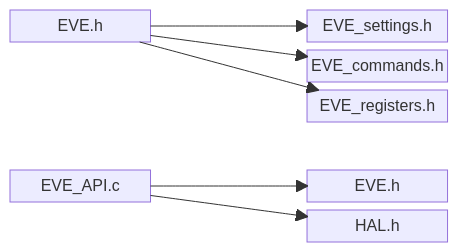
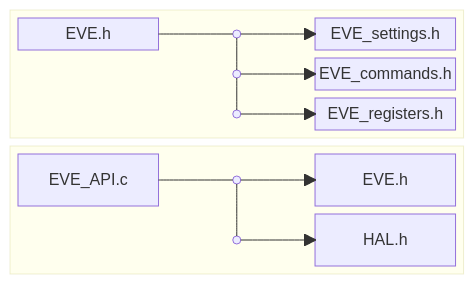
Before and after one commit to Bridgetek/Eve-MCU-Dev: the third of 11 diagrams in README.md, drawn with Mermaid. The commit also changed other lines of this file, not shown here.

````diff
--- a/README.md
+++ b/README.md
@@ -283,16 +283,25 @@
 ```mermaid
 block
-  columns 3
-  A1["EVE.h"] space B1["EVE_settings.h"]
-  space space B2["EVE_commands.h"]
-  space space B3["EVE_registers.h"]
-  space space space
-  A2["EVE_API.c"] space B4["EVE.h"]
-  space space B5["HAL.h"]
-
-  A1 --> B1
-  A1 --> B2
-  A1 --> B3
-  A2 --> B4
-  A2 --> B5
+  columns 1
+  block:HEADER_LAYER[" "]
+    columns 3
+    A1["EVE.h"]     X1((" "))   B1["EVE_settings.h"]
+    space           X2((" "))   B2["EVE_commands.h"]
+    space           X3((" "))   B3["EVE_registers.h"]
+    A1 --- X1
+    X1 --- X2
+    X2 --- X3
+    X1 --> B1
+    X2 --> B2
+    X3 --> B3
+  end
+  block:SOURCE_LAYER[" "]
+    columns 3
+    A2["EVE_API.c"] X4((" "))   B4["EVE.h"]
+    space           X5((" "))   B5["HAL.h"]
+    A2 --- X4
+    X4 --- X5
+    X4 --> B4
+    X5 --> B5
+  end
 ```
````
